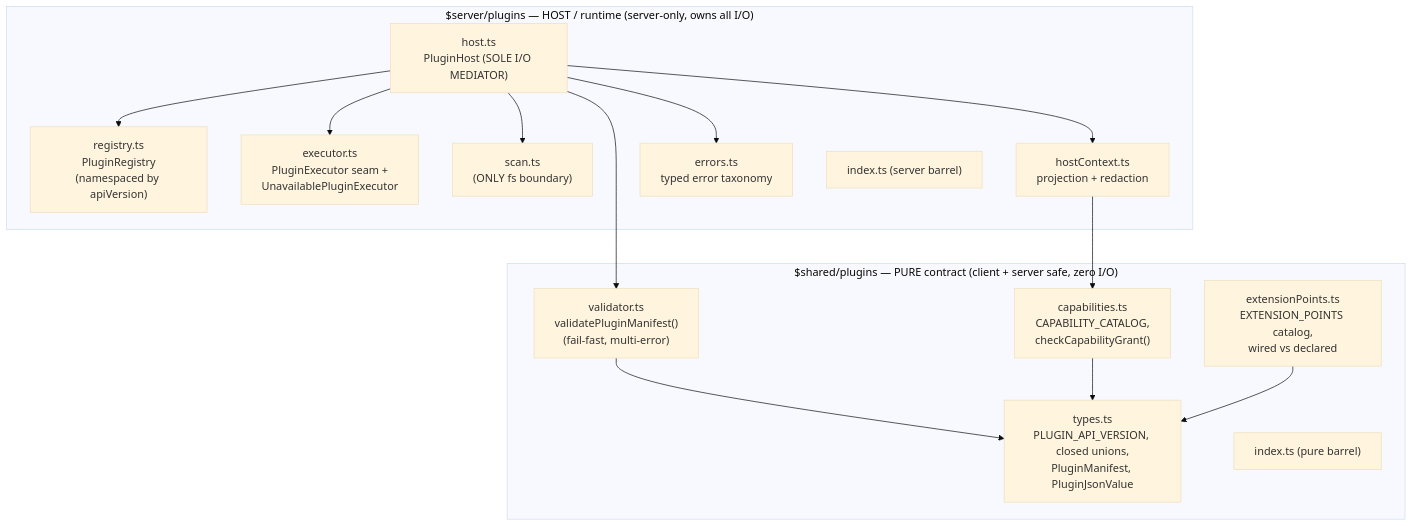
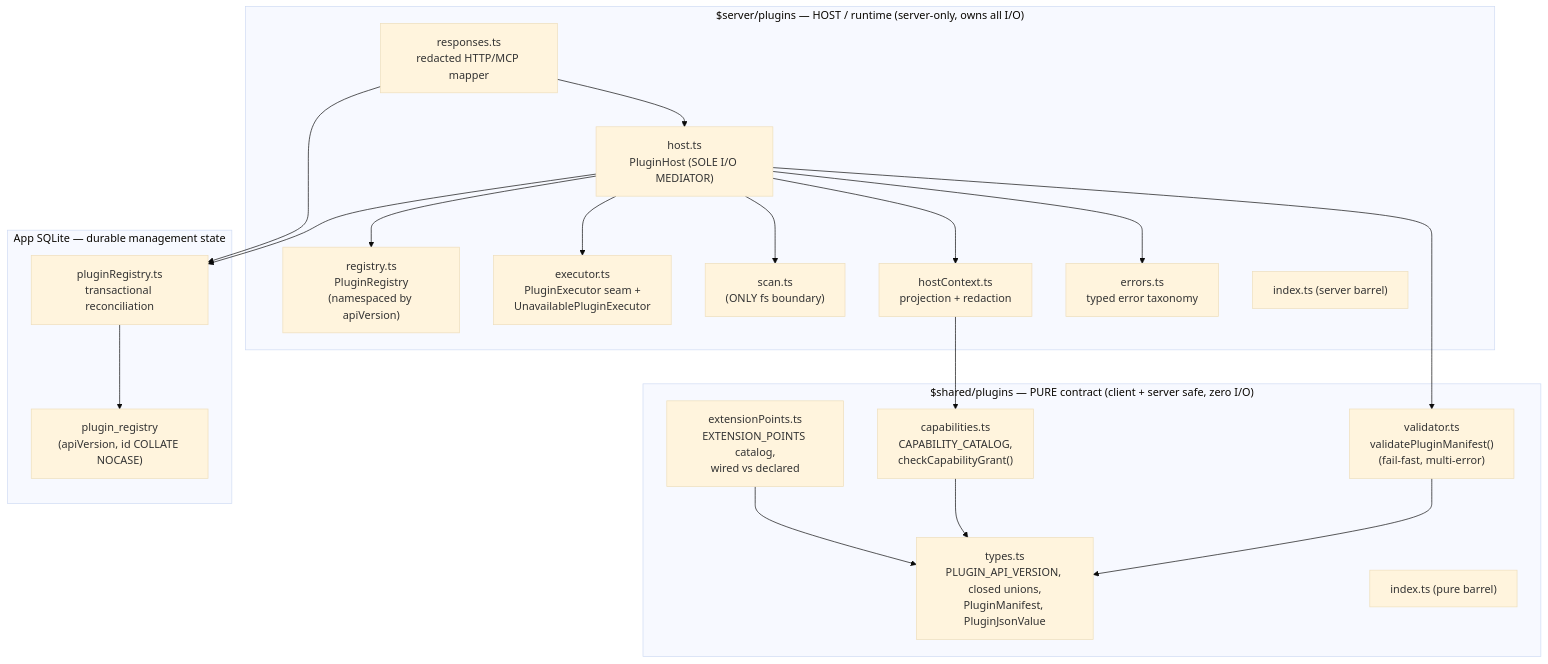
One commit to yandy-r/praxrr changed the first of 3 diagrams in docs/architecture/plugins.md. Above: the diagram before and after it, drawn with Mermaid (base theme). The commit also changed other lines of this file and 42 other files, not shown here.

First line of the commit message:
feat(plugins): add durable registry API

````diff
--- a/docs/architecture/plugins.md
+++ b/docs/architecture/plugins.md
@@ -24,31 +24,41 @@
 ```mermaid
 flowchart TB
     subgraph shared["$shared/plugins — PURE contract (client + server safe, zero I/O)"]
         types["types.ts<br/>PLUGIN_API_VERSION, closed unions,<br/>PluginManifest, PluginJsonValue"]
         caps["capabilities.ts<br/>CAPABILITY_CATALOG,<br/>checkCapabilityGrant()"]
         points["extensionPoints.ts<br/>EXTENSION_POINTS catalog,<br/>wired vs declared"]
         validator["validator.ts<br/>validatePluginManifest()<br/>(fail-fast, multi-error)"]
         sbarrel["index.ts (pure barrel)"]
     end
 
     subgraph server["$server/plugins — HOST / runtime (server-only, owns all I/O)"]
         host["host.ts<br/>PluginHost (SOLE I/O MEDIATOR)"]
         registry["registry.ts<br/>PluginRegistry<br/>(namespaced by apiVersion)"]
         executor["executor.ts<br/>PluginExecutor seam +<br/>UnavailablePluginExecutor"]
         scan["scan.ts<br/>(ONLY fs boundary)"]
         hostctx["hostContext.ts<br/>projection + redaction"]
+    responses["responses.ts<br/>redacted HTTP/MCP mapper"]
         errors["errors.ts<br/>typed error taxonomy"]
         vbarrel["index.ts (server barrel)"]
+    end
+
+    subgraph appdb["App SQLite — durable management state"]
+    queries["pluginRegistry.ts<br/>transactional reconciliation"]
+    table["plugin_registry<br/>(apiVersion, id COLLATE NOCASE)"]
     end
 
     validator --> types
     caps --> types
     points --> types
     host --> validator
     host --> registry
     host --> executor
     host --> scan
     host --> hostctx
+    host --> queries
+    queries --> table
+    responses --> queries
+    responses --> host
     hostctx --> caps
     host --> errors
 ```
````
